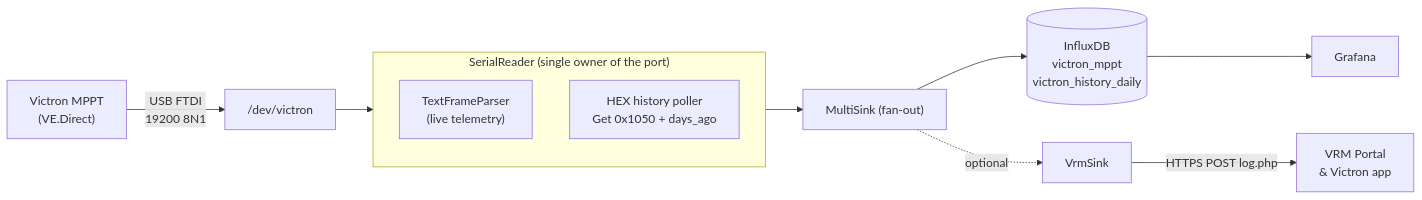
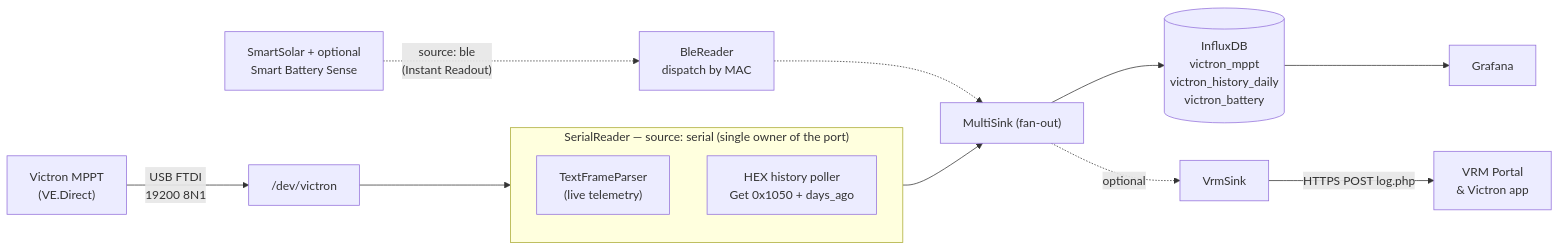
One commit to ckeller42/vedirect-influx changed the first of 3 diagrams in README.md. Above: the diagram before and after it, drawn with Mermaid. The commit also changed other lines of this file and 7 other files, not shown here.

First line of the commit message:
docs+fix: sync Battery Sense docs; per-measurement battery_tags; sink test (#25)

````diff
--- a/README.md
+++ b/README.md
@@ -43,17 +45,20 @@
 ```mermaid
 flowchart LR
     MPPT["Victron MPPT\n(VE.Direct)"] -->|USB FTDI\n19200 8N1| DEV["/dev/victron"]
     DEV --> R
 
-    subgraph R["SerialReader (single owner of the port)"]
+    subgraph R["SerialReader — source: serial (single owner of the port)"]
         direction TB
         T["TextFrameParser\n(live telemetry)"]
         H["HEX history poller\nGet 0x1050 + days_ago"]
     end
 
+    BLE["SmartSolar + optional\nSmart Battery Sense"] -. "source: ble\n(Instant Readout)" .-> BR["BleReader\ndispatch by MAC"]
+
     R --> M["MultiSink (fan-out)"]
-    M --> I[("InfluxDB\nvictron_mppt\nvictron_history_daily")]
+    BR -.-> M
+    M --> I[("InfluxDB\nvictron_mppt\nvictron_history_daily\nvictron_battery")]
     I --> G["Grafana"]
     M -. optional .-> V["VrmSink"]
     V -->|"HTTPS POST log.php"| VRM["VRM Portal\n& Victron app"]
 ```
````
